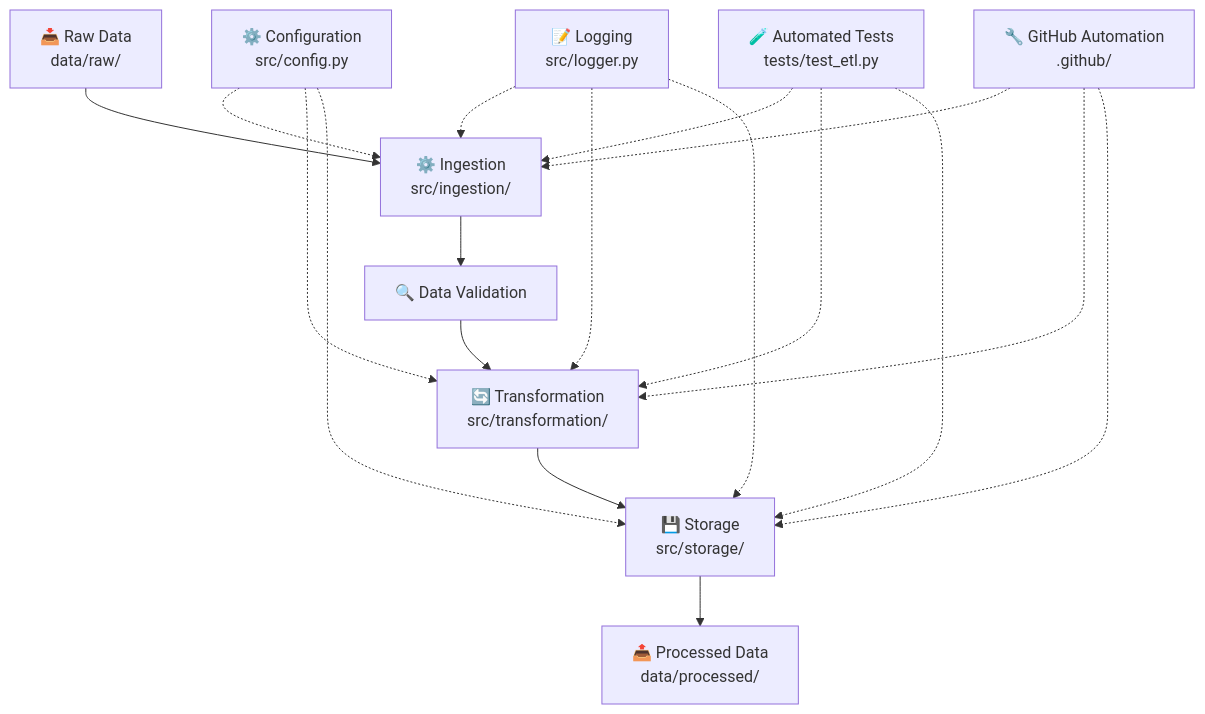
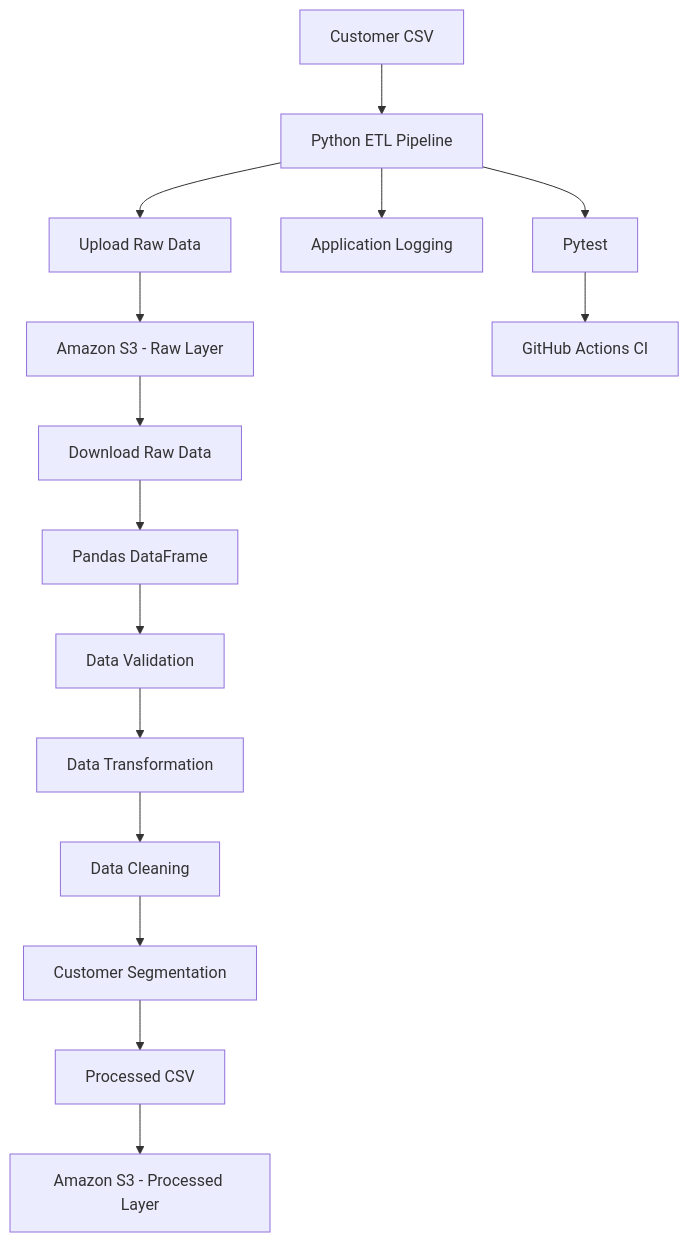
The diagram in README.md (Niha-23/cloud-infrastructure-data-pipeline), drawn with Mermaid before and after one commit. The commit also changed other lines of this file and 4 other files, not shown here.

````diff
--- a/README.md
+++ b/README.md
@@ -36,24 +84,24 @@
 ```mermaid
-flowchart TB
-    A["📥 Raw Data<br/>data/raw/"] --> B["⚙️ Ingestion<br/>src/ingestion/"]
-    B --> C["🔍 Data Validation"]
-    C --> D["🔄 Transformation<br/>src/transformation/"]
-    D --> E["💾 Storage<br/>src/storage/"]
-    E --> F["📤 Processed Data<br/>data/processed/"]
+flowchart TD
+    A["Customer CSV"] --> B["Python ETL Pipeline"]
 
-    G["⚙️ Configuration<br/>src/config.py"] -.-> B
-    G -.-> D
-    G -.-> E
+    B --> C["Upload Raw Data"]
+    C --> D["Amazon S3 - Raw Layer"]
 
-    H["📝 Logging<br/>src/logger.py"] -.-> B
-    H -.-> D
-    H -.-> E
+    D --> E["Download Raw Data"]
+    E --> F["Pandas DataFrame"]
 
-    I["🧪 Automated Tests<br/>tests/test_etl.py"] -.-> B
-    I -.-> D
-    I -.-> E
+    F --> G["Data Validation"]
+    G --> H["Data Transformation"]
 
-    J["🔧 GitHub Automation<br/>.github/"] -.-> B
-    J -.-> D
-    J -.-> E
+    H --> I["Data Cleaning"]
+    I --> J["Customer Segmentation"]
+
+    J --> K["Processed CSV"]
+    K --> L["Amazon S3 - Processed Layer"]
+
+    B --> M["Application Logging"]
+    B --> N["Pytest"]
+
+    N --> O["GitHub Actions CI"]
 ```
````
